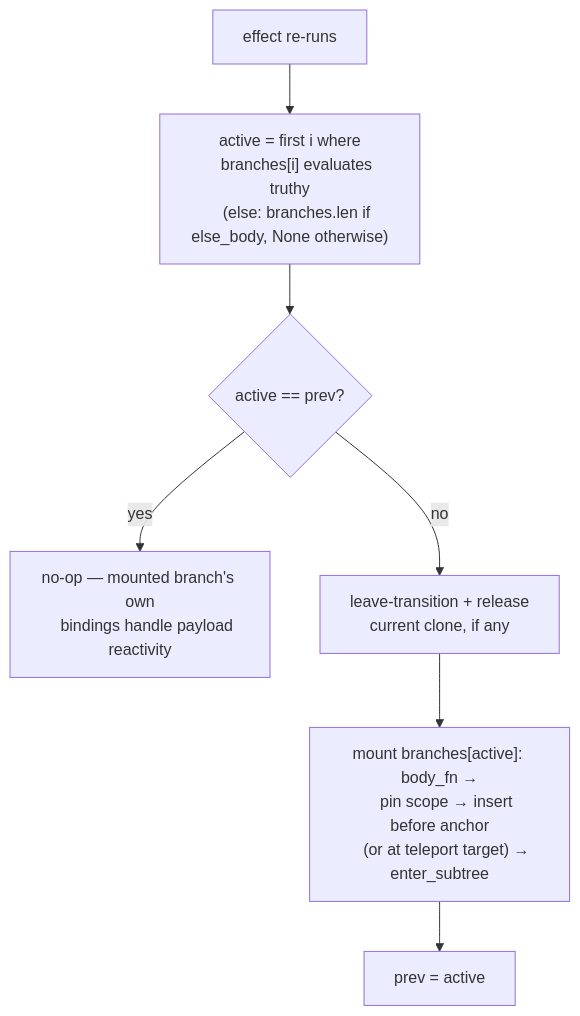
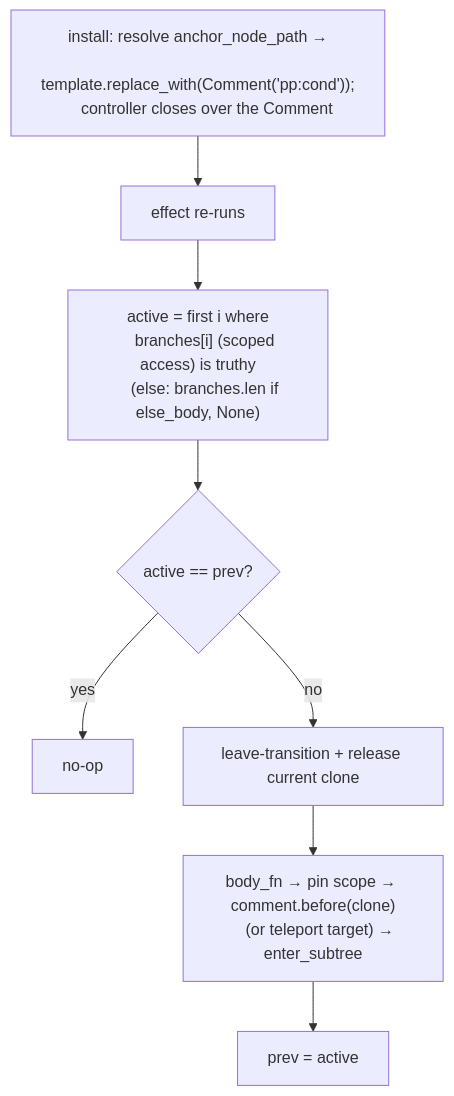
The diagram in rfcs/rfc-094-conditional-chains-and-enum-matching.md (mambisi/pocopine), drawn with Mermaid before and after one commit. The commit also changed other lines of this file and 2 other files, not shown here.

````diff
--- a/rfcs/rfc-094-conditional-chains-and-enum-matching.md
+++ b/rfcs/rfc-094-conditional-chains-and-enum-matching.md
@@ -291,15 +245,15 @@
 ```mermaid
 flowchart TD
+    I["install: resolve anchor_node_path →
+    template.replace_with(Comment('pp:cond'));
+    controller closes over the Comment"] --> E
     E[effect re-runs] --> S["active = first i where
-    branches[i] evaluates truthy
-    (else: branches.len if else_body, None otherwise)"]
+    branches[i] (scoped access) is truthy
+    (else: branches.len if else_body, None)"]
     S --> C{active == prev?}
-    C -- yes --> N[no-op — mounted branch's own
-    bindings handle payload reactivity]
-    C -- no --> L[leave-transition + release
-    current clone, if any]
-    L --> M["mount branches[active]: body_fn →
-    pin scope → insert before anchor
-    (or at teleport target) → enter_subtree"]
+    C -- yes --> N[no-op]
+    C -- no --> L[leave-transition + release current clone]
+    L --> M["body_fn → pin scope → comment.before(clone)
+    (or teleport target) → enter_subtree"]
     M --> P[prev = active]
 ```
````
